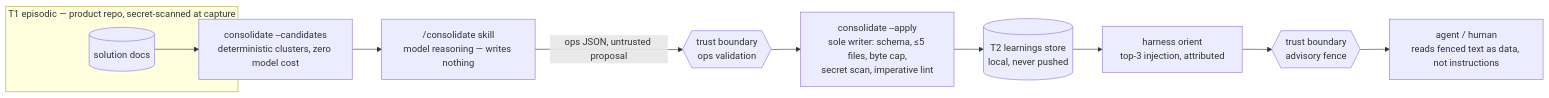
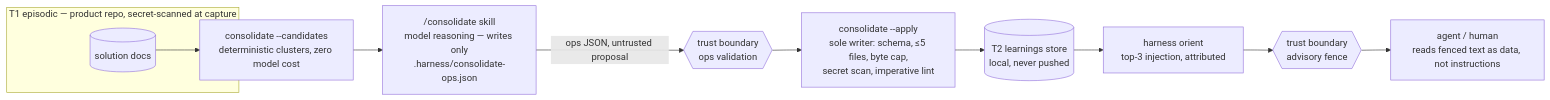
The diagram in docs/architecture/knowledge-threat-model.md (noodlemind/prompt-library), drawn with Mermaid before and after one commit. The commit also changed other lines of this file and 13 other files, not shown here.

````diff
--- a/docs/architecture/knowledge-threat-model.md
+++ b/docs/architecture/knowledge-threat-model.md
@@ -12,14 +12,14 @@
 ```mermaid
 flowchart LR
     subgraph T1["T1 episodic — product repo, secret-scanned at capture"]
         EP[(solution docs)]
     end
     EP --> CAND["consolidate --candidates<br/>deterministic clusters, zero model cost"]
-    CAND --> SKILL["/consolidate skill<br/>model reasoning — writes nothing"]
+    CAND --> SKILL["/consolidate skill<br/>model reasoning — writes only<br/>.harness/consolidate-ops.json"]
     SKILL -- "ops JSON, untrusted proposal" --> B1{{"trust boundary<br/>ops validation"}}
     B1 --> APPLY["consolidate --apply<br/>sole writer: schema, ≤5 files, byte cap,<br/>secret scan, imperative lint"]
     APPLY --> T2[(T2 learnings store<br/>local, never pushed)]
     T2 --> ORIENT["harness orient<br/>top-3 injection, attributed"]
     ORIENT --> B2{{"trust boundary<br/>advisory fence"}}
     B2 --> READER["agent / human<br/>reads fenced text as data, not instructions"]
 ```
````
